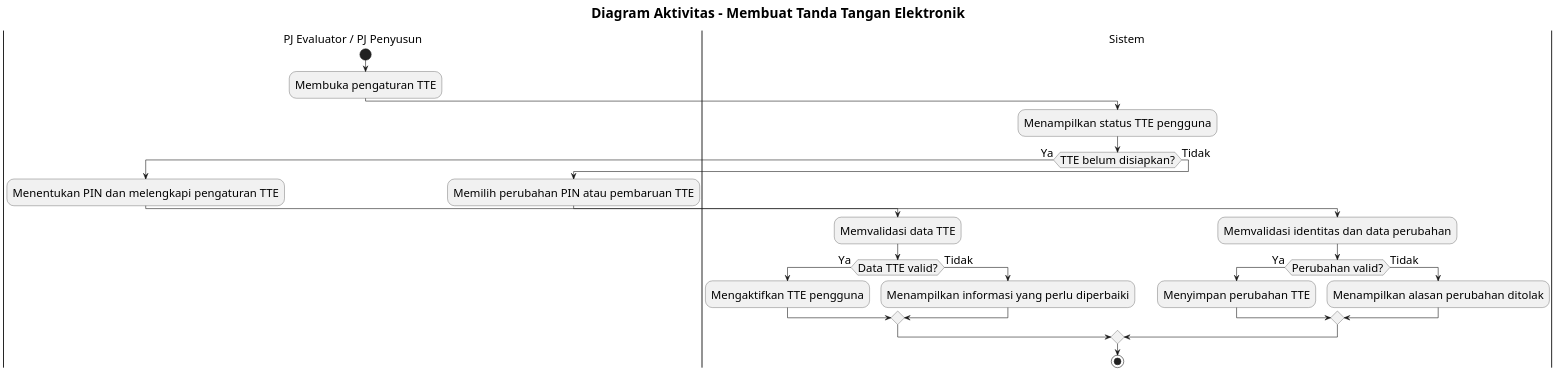
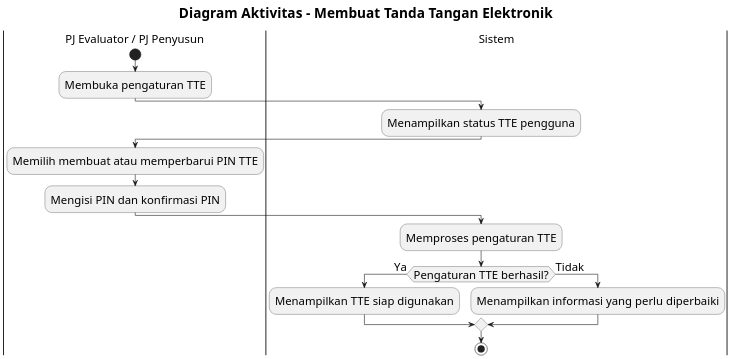
The diagram in docs/activity-diagram/lampiran/pj-evaluator-pj-penyusun-membuat-tanda-tangan-elektronik.md (howlil/sop-generate-app), drawn with PlantUML before and after one commit. The commit also changed other lines of this file and 20 other files, not shown here.

Commit message:
docs(activity): simplify flows to business-level design

````diff
--- a/docs/activity-diagram/lampiran/pj-evaluator-pj-penyusun-membuat-tanda-tangan-elektronik.md
+++ b/docs/activity-diagram/lampiran/pj-evaluator-pj-penyusun-membuat-tanda-tangan-elektronik.md
@@ -16,43 +16,32 @@
 ```plantuml
 @startuml
 skinparam defaultFontSize 20
 skinparam titleFontSize 24
 skinparam dpi 160
 
 title Diagram Aktivitas - Membuat Tanda Tangan Elektronik
 
 |PJ Evaluator / PJ Penyusun|
 start
 :Membuka pengaturan TTE;
 
 |Sistem|
 :Menampilkan status TTE pengguna;
 
-if (TTE belum disiapkan?) then (Ya)
-  |PJ Evaluator / PJ Penyusun|
-  :Menentukan PIN dan melengkapi pengaturan TTE;
+|PJ Evaluator / PJ Penyusun|
+:Memilih membuat atau memperbarui PIN TTE;
+:Mengisi PIN dan konfirmasi PIN;
 
-  |Sistem|
-  :Memvalidasi data TTE;
-  if (Data TTE valid?) then (Ya)
-    :Mengaktifkan TTE pengguna;
-  else (Tidak)
-    :Menampilkan informasi yang perlu diperbaiki;
-  endif
+|Sistem|
+:Memproses pengaturan TTE;
+
+if (Pengaturan TTE berhasil?) then (Ya)
+  :Menampilkan TTE siap digunakan;
 else (Tidak)
-  |PJ Evaluator / PJ Penyusun|
-  :Memilih perubahan PIN atau pembaruan TTE;
-
-  |Sistem|
-  :Memvalidasi identitas dan data perubahan;
-  if (Perubahan valid?) then (Ya)
-    :Menyimpan perubahan TTE;
-  else (Tidak)
-    :Menampilkan alasan perubahan ditolak;
-  endif
+  :Menampilkan informasi yang perlu diperbaiki;
 endif
 
 stop
 
 @enduml
 ```
````
